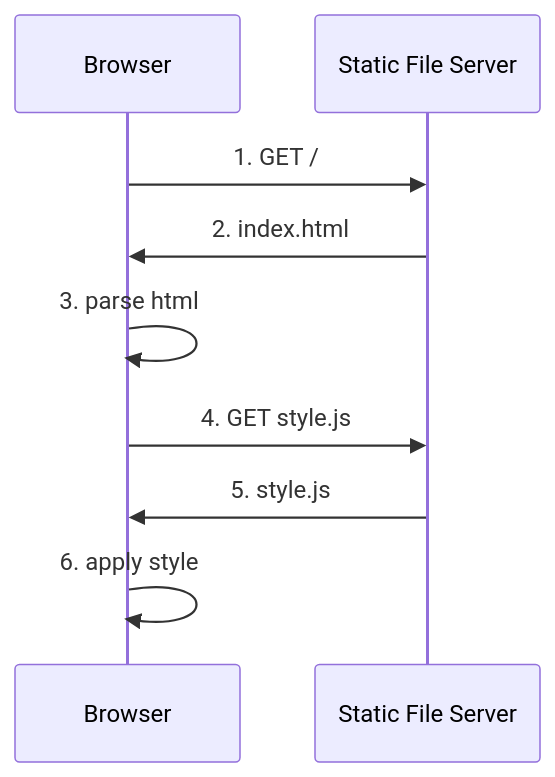
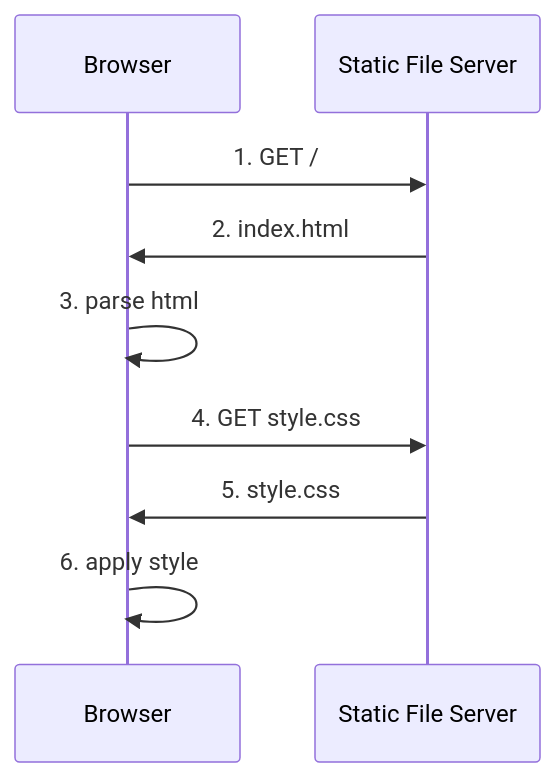
The fifth of 7 diagrams in blogs/frontend-architecture-csr.mdx (kayac-chang/just-func.com), drawn with Mermaid before and after one commit. The commit also changed other lines of this file, not shown here.

Commit message:
fix: 🐛 typo in csr

````diff
--- a/blogs/frontend-architecture-csr.mdx
+++ b/blogs/frontend-architecture-csr.mdx
@@ -267,11 +267,11 @@
 ```mermaid
 sequenceDiagram
   participant Browser
   participant Server as Static File Server
   Browser->>Server: 1. GET /
   Server->>Browser: 2. index.html
   Browser->>Browser: 3. parse html
-  Browser->>Server: 4. GET style.js
-  Server->>Browser: 5. style.js
+  Browser->>Server: 4. GET style.css
+  Server->>Browser: 5. style.css
   Browser->>Browser: 6. apply style
 ```
````
